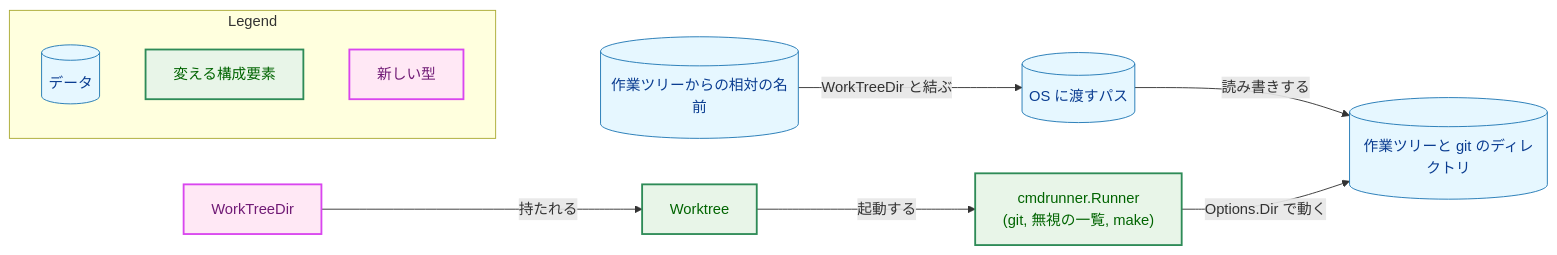
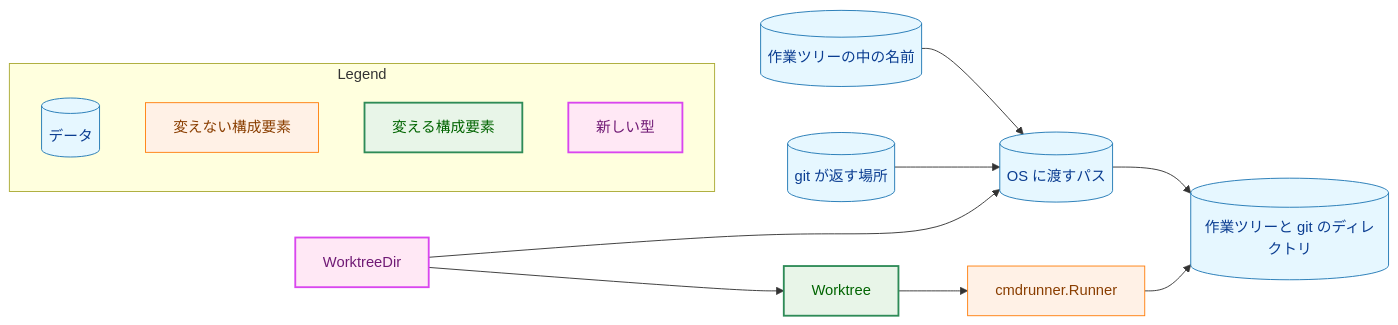
Before and after one commit to isseis/yt2column: the first of 5 diagrams in docs/tasks/0126_fixprguard_test_speedup/02_architecture.md, drawn with Mermaid. The commit also changed other lines of this file, not shown here.

First line of the commit message:
docs(0126): address the architecture review and polish the Japanese prose

````diff
--- a/docs/tasks/0126_fixprguard_test_speedup/02_architecture.md
+++ b/docs/tasks/0126_fixprguard_test_speedup/02_architecture.md
@@ -33,33 +33,39 @@
 ```mermaid
 flowchart LR
     classDef data fill:#e6f7ff,stroke:#1f77b4,stroke-width:1px,color:#0b3d91;
     classDef process fill:#fff1e6,stroke:#ff7f0e,stroke-width:1px,color:#8a3e00;
     classDef enhanced fill:#e8f5e8,stroke:#2e8b57,stroke-width:2px,color:#006400;
     classDef newpkg fill:#ffe8f5,stroke:#d946ef,stroke-width:2px,color:#701a75;
 
-    DIR["WorkTreeDir"]
+    DIR["WorktreeDir"]
     WT["Worktree"]
-    RUN["cmdrunner.Runner<br>(git, 無視の一覧, make)"]
-    REL[("作業ツリーからの相対の名前")]
+    RUN["cmdrunner.Runner"]
+    REL[("作業ツリーの中の名前")]
+    LOC[("git が返す場所")]
     OSP[("OS に渡すパス")]
     TREE[("作業ツリーと git のディレクトリ")]
 
-    DIR -->|"持たれる"| WT
-    WT -->|"起動する"| RUN
-    REL -->|"WorkTreeDir と結ぶ"| OSP
-    OSP -->|"読み書きする"| TREE
-    RUN -->|"Options.Dir で動く"| TREE
+    DIR --> WT
+    REL --> OSP
+    LOC --> OSP
+    DIR --> OSP
+    OSP --> TREE
+    WT --> RUN
+    RUN --> TREE
 
+    class RUN process
     class DIR newpkg
-    class WT,RUN enhanced
-    class REL,OSP,TREE data
+    class WT enhanced
+    class REL,LOC,OSP,TREE data
 
     subgraph Legend["Legend"]
         L1[("データ")]
-        L2["変える構成要素"]
-        L3["新しい型"]
+        L2["変えない構成要素"]
+        L3["変える構成要素"]
+        L4["新しい型"]
     end
     class L1 data
-    class L2 enhanced
-    class L3 newpkg
+    class L2 process
+    class L3 enhanced
+    class L4 newpkg
 ```
````
